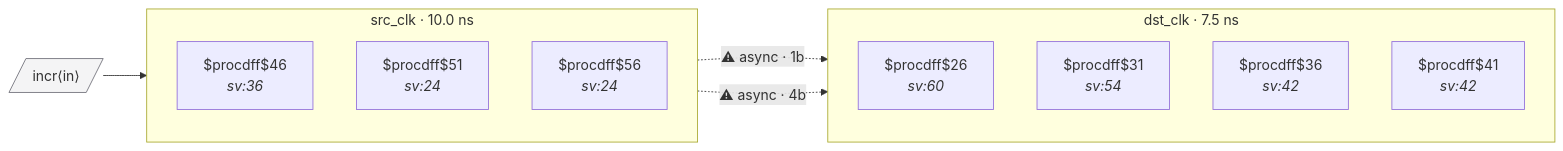
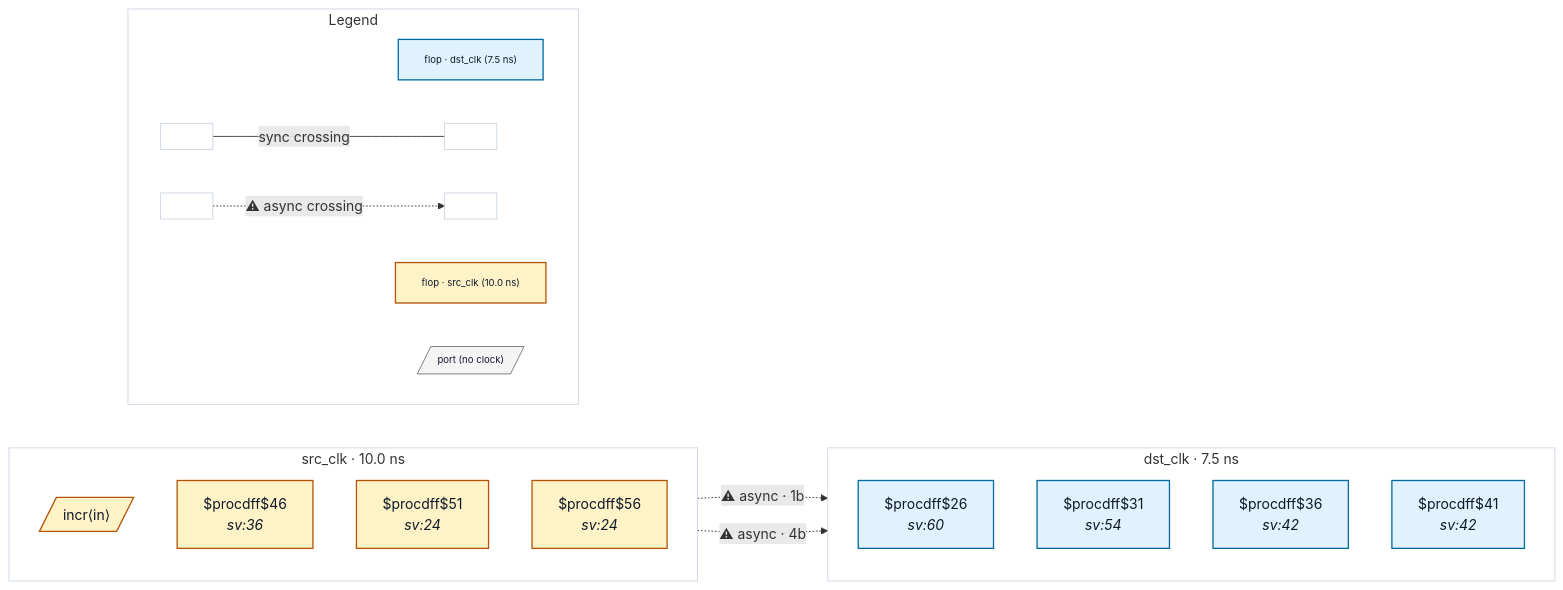
Before and after one commit to rtl-buddy/rtl-buddy-cdc: the diagram in tests/fixtures/good_gray_counter_crossing/README.md, drawn with Mermaid. The commit also changed 71 other files, not shown here.

First line of the commit message:
Refresh fixture READMEs + render iterations (colors, legend, nested ports, clock-net edges)

````diff
--- a/tests/fixtures/good_gray_counter_crossing/README.md
+++ b/tests/fixtures/good_gray_counter_crossing/README.md
@@ -16,22 +16,46 @@
 ```mermaid
 %% good_gray_counter_crossing — generated by rtl-buddy-cdc render
 flowchart LR
   subgraph clk_dst_clk["dst_clk · 7.5 ns"]
     direction TB
-    f_52d62825["$procdff$26<br/><i>sv:60</i>"]
-    f_fdc84516["$procdff$31<br/><i>sv:54</i>"]
-    f_a8f347f3["$procdff$36<br/><i>sv:42</i>"]
-    f_6b593393["$procdff$41<br/><i>sv:42</i>"]
+    f_52d62825["$procdff$26<br/><i>sv:60</i>"]:::ckcls_dst_clk
+    f_fdc84516["$procdff$31<br/><i>sv:54</i>"]:::ckcls_dst_clk
+    f_a8f347f3["$procdff$36<br/><i>sv:42</i>"]:::ckcls_dst_clk
+    f_6b593393["$procdff$41<br/><i>sv:42</i>"]:::ckcls_dst_clk
   end
   subgraph clk_src_clk["src_clk · 10.0 ns"]
     direction TB
-    f_3c642989["$procdff$46<br/><i>sv:36</i>"]
-    f_1a60ae4e["$procdff$51<br/><i>sv:24</i>"]
-    f_096c2f51["$procdff$56<br/><i>sv:24</i>"]
+    p_in_incr[/"incr⟨in⟩"/]:::ckcls_src_clk
+    f_3c642989["$procdff$46<br/><i>sv:36</i>"]:::ckcls_src_clk
+    f_1a60ae4e["$procdff$51<br/><i>sv:24</i>"]:::ckcls_src_clk
+    f_096c2f51["$procdff$56<br/><i>sv:24</i>"]:::ckcls_src_clk
   end
-  p_in_incr[/"incr⟨in⟩"/]:::port
-  p_in_incr --> f_3c642989
   f_3c642989 -. "⚠ async · 1b" .-> f_a8f347f3
   f_096c2f51 -. "⚠ async · 4b" .-> f_fdc84516
-  classDef port fill:#f4f4f5,stroke:#71717a
+  subgraph rb_legend["Legend"]
+    direction LR
+    lg_clk_dst_clk["flop · dst_clk (7.5 ns)"]:::ckcls_dst_clk
+    lg_clk_src_clk["flop · src_clk (10.0 ns)"]:::ckcls_src_clk
+    lg_port[/"port (no clock)"/]:::port_unassigned
+    lg_sync_a[" "]:::ckcls_legend_neutral
+    lg_sync_b[" "]:::ckcls_legend_neutral
+    lg_async_a[" "]:::ckcls_legend_neutral
+    lg_async_b[" "]:::ckcls_legend_neutral
+    lg_sync_a --- |"sync crossing"| lg_sync_b
+    lg_async_a -. "⚠ async crossing" .-> lg_async_b
+  end
+  style clk_dst_clk fill:none,stroke:#cbd5e1
+  style clk_src_clk fill:none,stroke:#cbd5e1
+  style rb_legend fill:none,stroke:#cbd5e1
+  style lg_clk_dst_clk font-size:11px
+  style lg_clk_src_clk font-size:11px
+  style lg_port font-size:11px
+  style lg_sync_a font-size:11px
+  style lg_sync_b font-size:11px
+  style lg_async_a font-size:11px
+  style lg_async_b font-size:11px
+  classDef ckcls_dst_clk fill:#e0f2fe,stroke:#0369a1,stroke-width:1.5px,color:#0f172a
+  classDef ckcls_src_clk fill:#fef3c7,stroke:#b45309,stroke-width:1.5px,color:#0f172a
+  classDef port_unassigned fill:#f4f4f5,stroke:#71717a,color:#0f172a
+  classDef ckcls_legend_neutral fill:#ffffff,stroke:#cbd5e1,stroke-width:1px,color:#0f172a
 ```
````
